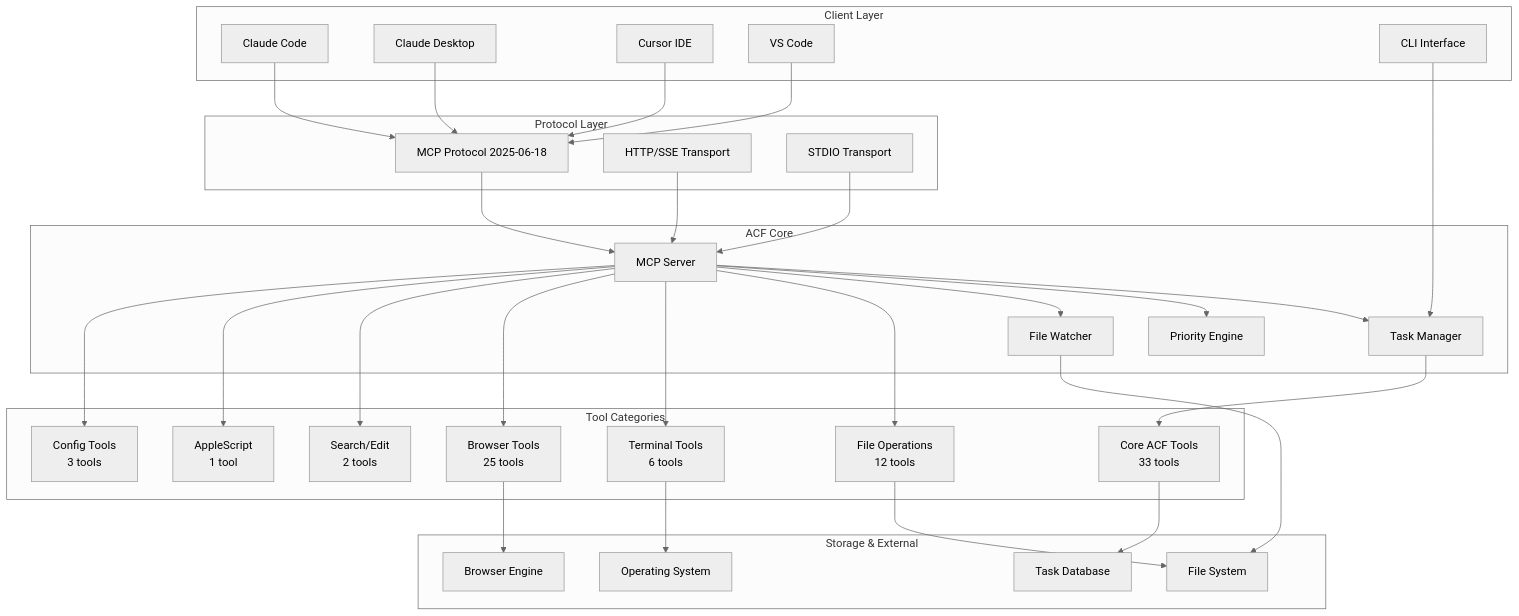
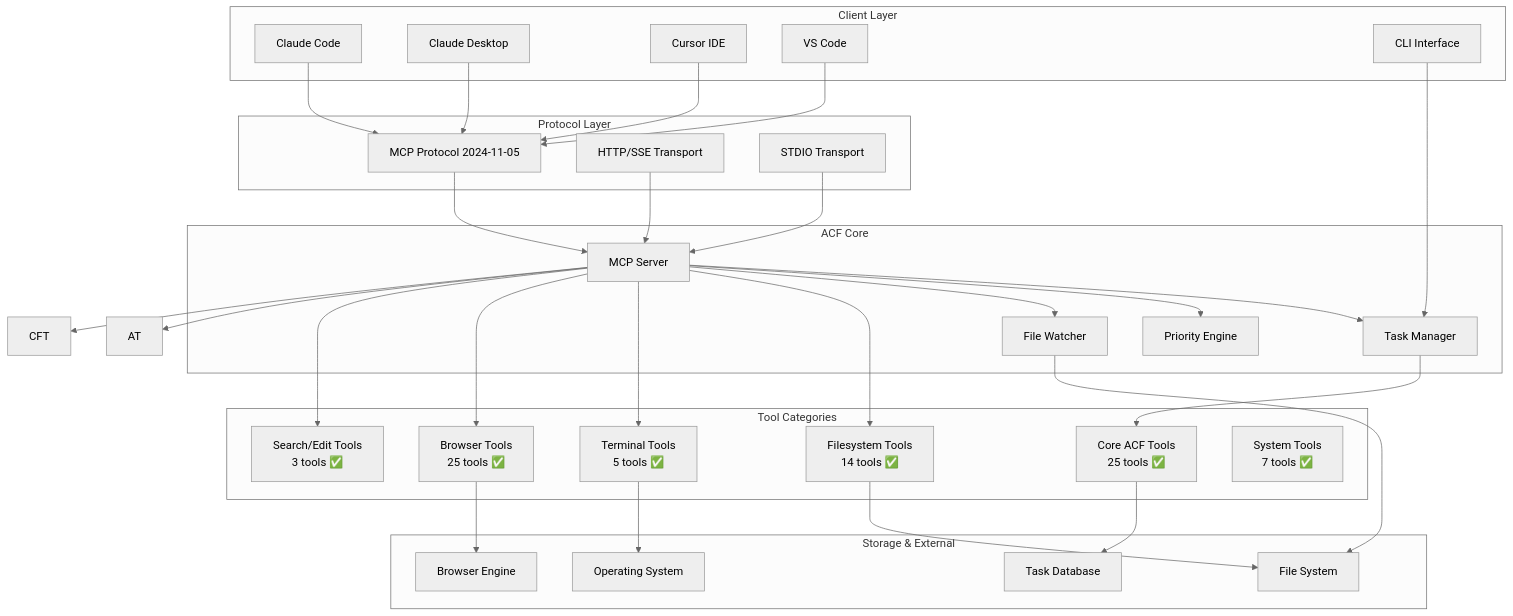
The first of 4 diagrams in README.md (FutureAtoms/agentic-control-framework), drawn with Mermaid (neutral theme) before and after one commit. The commit also changed other lines of this file and 34 other files, not shown here.

````diff
--- a/README.md
+++ b/README.md
@@ -16,68 +22,67 @@
 ```mermaid
 graph TB
     subgraph "Client Layer"
         CC[Claude Code]
         CD[Claude Desktop]
         CU[Cursor IDE]
         VS[VS Code]
         CLI[CLI Interface]
     end
 
     subgraph "Protocol Layer"
-        MCP[MCP Protocol 2025-06-18]
+        MCP[MCP Protocol 2024-11-05]
         HTTP[HTTP/SSE Transport]
         STDIO[STDIO Transport]
     end
 
     subgraph "ACF Core"
         MS[MCP Server]
         TM[Task Manager]
         PE[Priority Engine]
         FW[File Watcher]
     end
 
     subgraph "Tool Categories"
-        CT[Core ACF Tools<br/>33 tools]
-        FT[File Operations<br/>12 tools]
-        TT[Terminal Tools<br/>6 tools]
-        BT[Browser Tools<br/>25 tools]
-        ST[Search/Edit<br/>2 tools]
-        AT[AppleScript<br/>1 tool]
-        CFT[Config Tools<br/>3 tools]
+        CT[Core ACF Tools<br/>25 tools ✅]
+        FT[Filesystem Tools<br/>14 tools ✅]
+        TT[Terminal Tools<br/>5 tools ✅]
+        BT[Browser Tools<br/>25 tools ✅]
+        ST[Search/Edit Tools<br/>3 tools ✅]
+        SYS[System Tools<br/>7 tools ✅]
     end
 
     subgraph "Storage & External"
         FS[File System]
         DB[Task Database]
         BR[Browser Engine]
         OS[Operating System]
     end
 
     CC --> MCP
     CD --> MCP
     CU --> MCP
     VS --> MCP
     CLI --> TM
 
     MCP --> MS
     HTTP --> MS
     STDIO --> MS
 
     MS --> TM
     MS --> PE
     MS --> FW
 
     TM --> CT
     MS --> FT
     MS --> TT
     MS --> BT
     MS --> ST
     MS --> AT
     MS --> CFT
 
     CT --> DB
     FT --> FS
     TT --> OS
     BT --> BR
     FW --> FS
 ```
````
